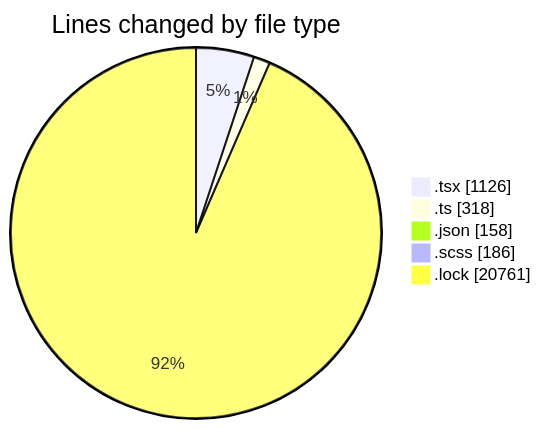
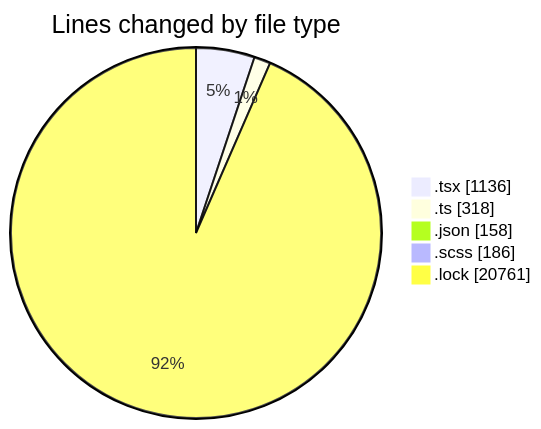
The first of 2 diagrams in 2025-04-29/cda/README.md (momahboobian/code-tracking), drawn with Mermaid before and after one commit. The commit also changed other lines of this file and 1 other file, not shown here.

````diff
--- a/2025-04-29/cda/README.md
+++ b/2025-04-29/cda/README.md
@@ -38,9 +38,9 @@
 ```mermaid
 pie showData
 title Lines changed by file type
-".tsx" : 1126
+".tsx" : 1136
 ".ts" : 318
 ".json" : 158
 ".scss" : 186
 ".lock" : 20761
 ```
````
